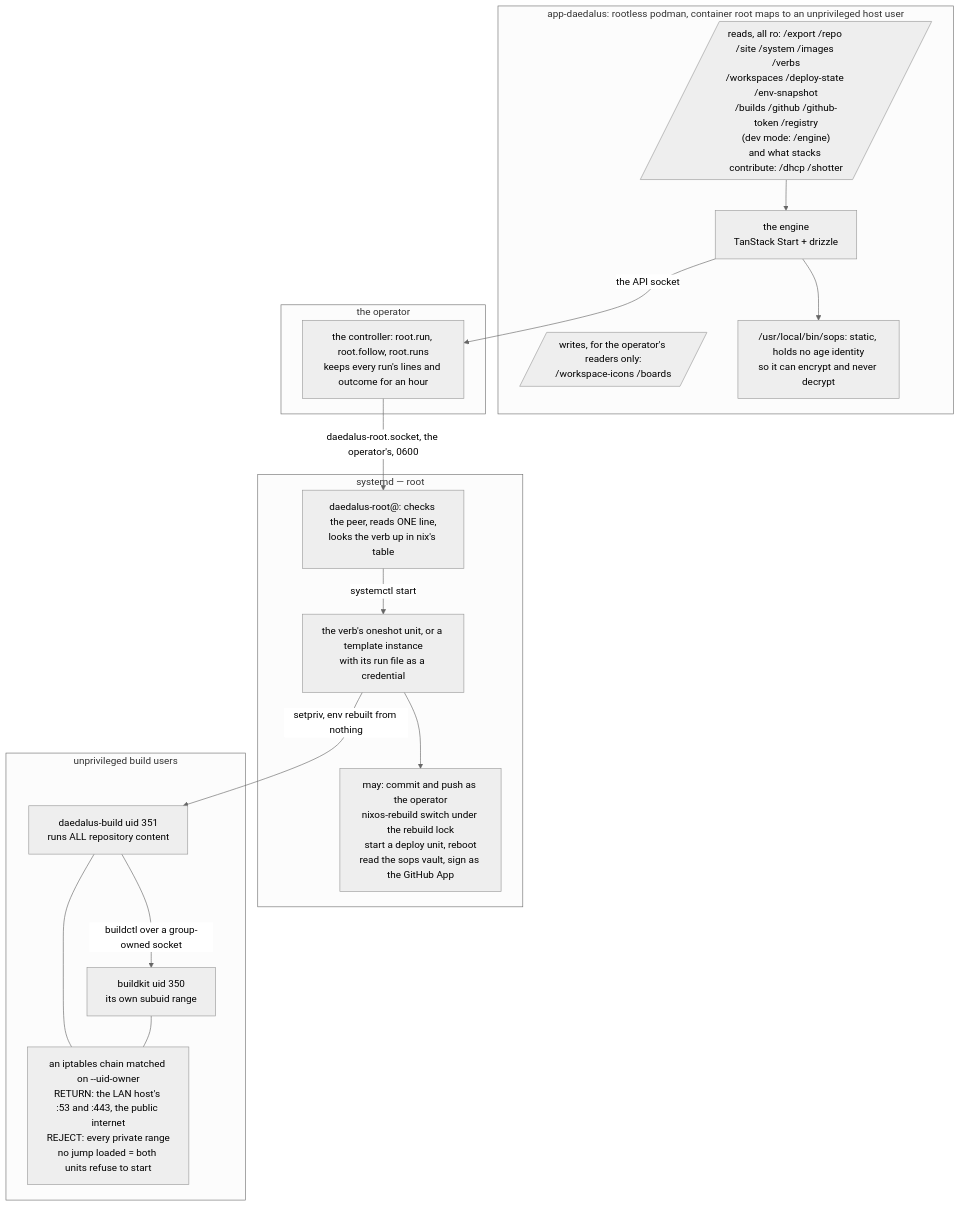
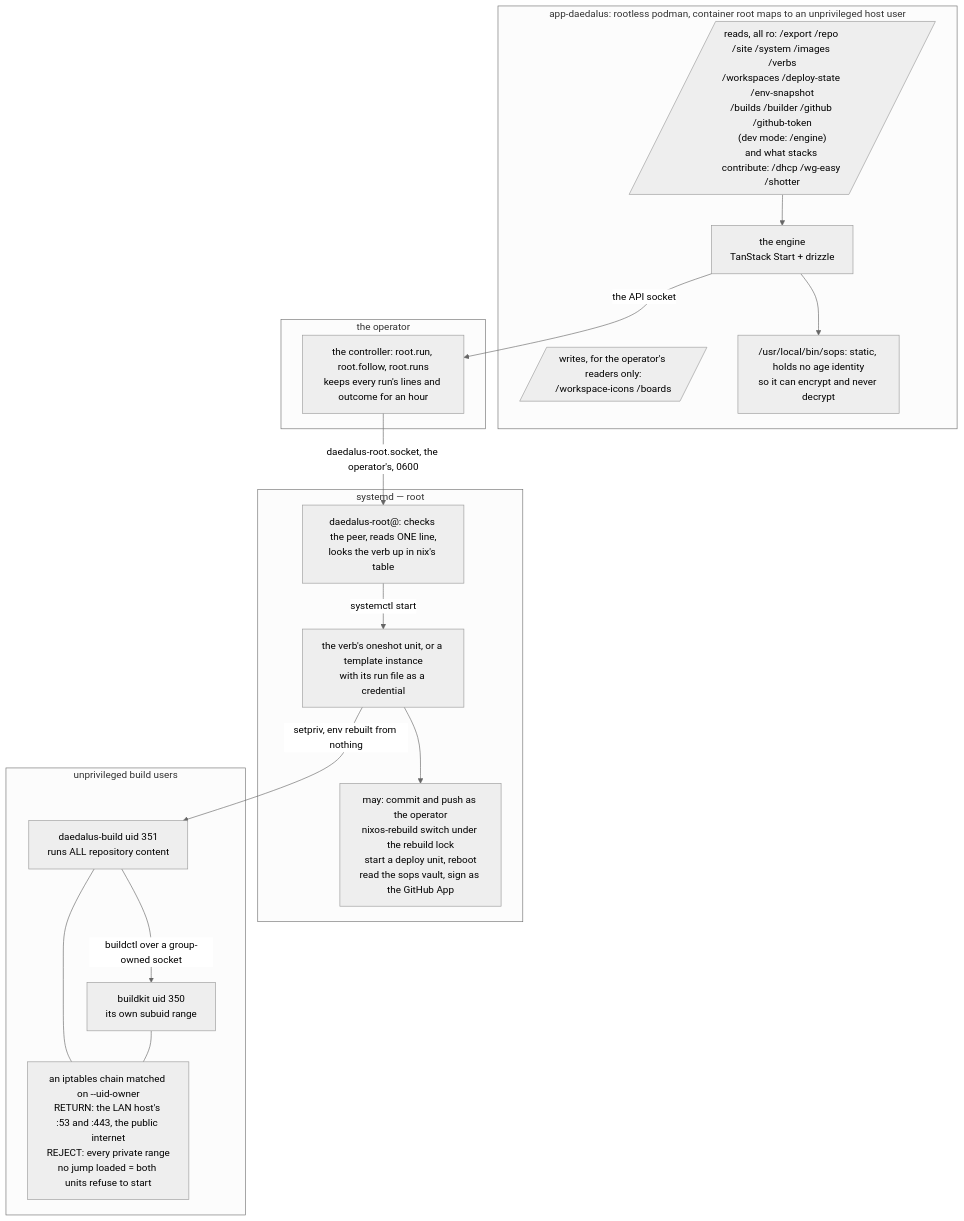
The second of 5 diagrams in ARCHITECTURE.md (santiagotoscanini/daedalus), drawn with Mermaid (neutral theme) before and after one commit. The commit also changed other lines of this file and 5 other files, not shown here.

Commit message:
docs: README, app/README, CONTRIBUTING, ARCHITECTURE, nix and session-host READMEs true to the box — the request gate locally, the mounts, /api/agent/enroll, the other machines and the generated contract in ARCHITECTURE, the exports and libraries

````diff
--- a/ARCHITECTURE.md
+++ b/ARCHITECTURE.md
@@ -89,35 +89,35 @@
 ```mermaid
 flowchart TB
   subgraph unpriv["app-daedalus: rootless podman, container root maps to an unprivileged host user"]
     Engine["the engine<br/>TanStack Start + drizzle"]
-    Rd[/"reads, all ro: /export /repo /site /system /images /verbs<br/>/workspaces /deploy-state /env-snapshot<br/>/builds /github /github-token /registry<br/>(dev mode: /engine)<br/>and what stacks contribute: /dhcp /shotter"/]
+    Rd[/"reads, all ro: /export /repo /site /system /images /verbs<br/>/workspaces /deploy-state /env-snapshot<br/>/builds /builder /github /github-token<br/>(dev mode: /engine)<br/>and what stacks contribute: /dhcp /wg-easy /shotter"/]
     Wr[/"writes, for the operator's readers only:<br/>/workspace-icons /boards"/]
     Sops["/usr/local/bin/sops: static, holds no age identity<br/>so it can encrypt and never decrypt"]
   end
 
   subgraph op["the operator"]
     Ctl["the controller: root.run, root.follow, root.runs<br/>keeps every run's lines and outcome for an hour"]
   end
 
   subgraph priv["systemd — root"]
     H["daedalus-root@: checks the peer, reads ONE line,<br/>looks the verb up in nix's table"]
     U["the verb's oneshot unit, or a template instance<br/>with its run file as a credential"]
     Caps["may: commit and push as the operator<br/>nixos-rebuild switch under the rebuild lock<br/>start a deploy unit, reboot<br/>read the sops vault, sign as the GitHub App"]
   end
 
   subgraph fenced["unprivileged build users"]
     BU["daedalus-build uid 351<br/>runs ALL repository content"]
     BKU["buildkit uid 350<br/>its own subuid range"]
     Fence["an iptables chain matched on --uid-owner<br/>RETURN: the LAN host's :53 and :443, the public internet<br/>REJECT: every private range<br/>no jump loaded = both units refuse to start"]
   end
 
   Rd --> Engine
   Engine --> Sops
   Engine -- "the API socket" --> Ctl
   Ctl -- "daedalus-root.socket, the operator's, 0600" --> H
   H -- "systemctl start" --> U --> Caps
   U -- "setpriv, env rebuilt from nothing" --> BU
   BU -- "buildctl over a group-owned socket" --> BKU
   BU --- Fence
   BKU --- Fence
 ```
````
